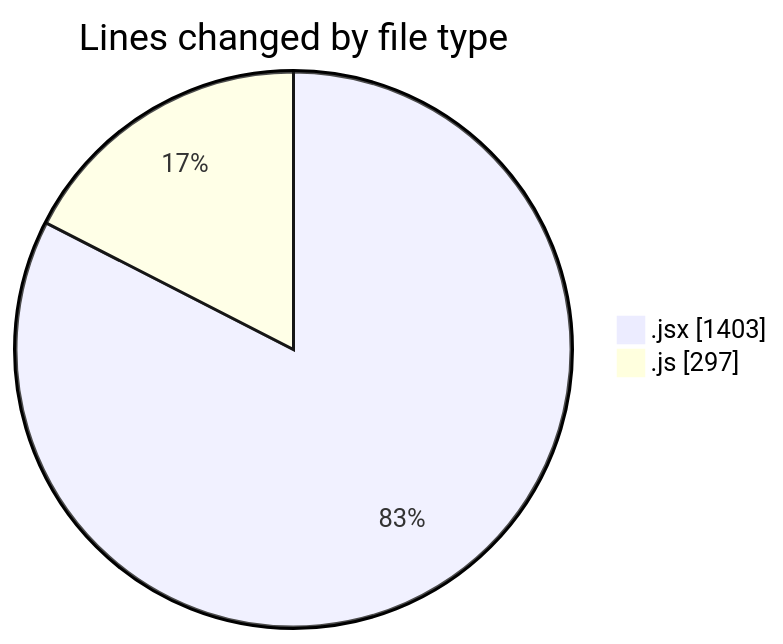
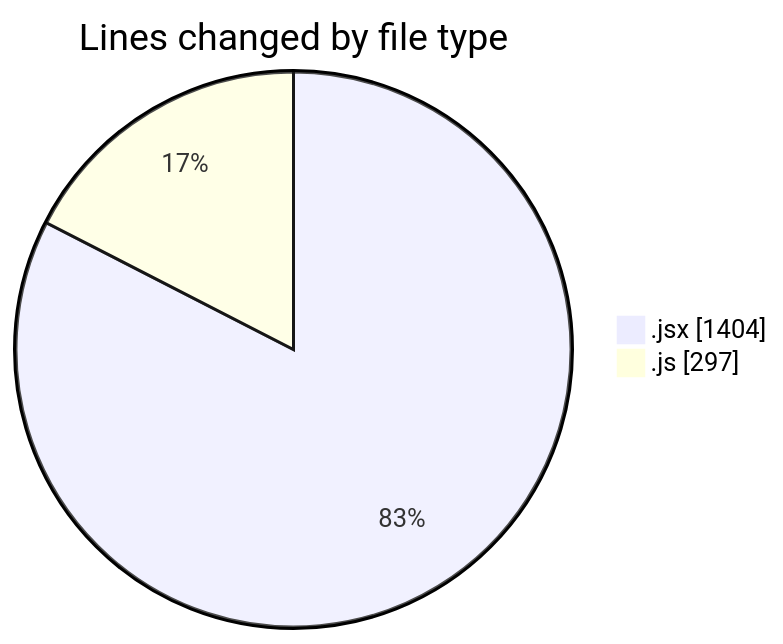
Before and after one commit to nxtqubesakshisongat/code-tracking: the first of 2 diagrams in 2025-11-17/argos/README.md, drawn with Mermaid. The commit also changed other lines of this file and 1 other file, not shown here.

````diff
--- a/2025-11-17/argos/README.md
+++ b/2025-11-17/argos/README.md
@@ -21,6 +21,6 @@
 ```mermaid
 pie showData
 title Lines changed by file type
-".jsx" : 1403
+".jsx" : 1404
 ".js" : 297
 ```
````
